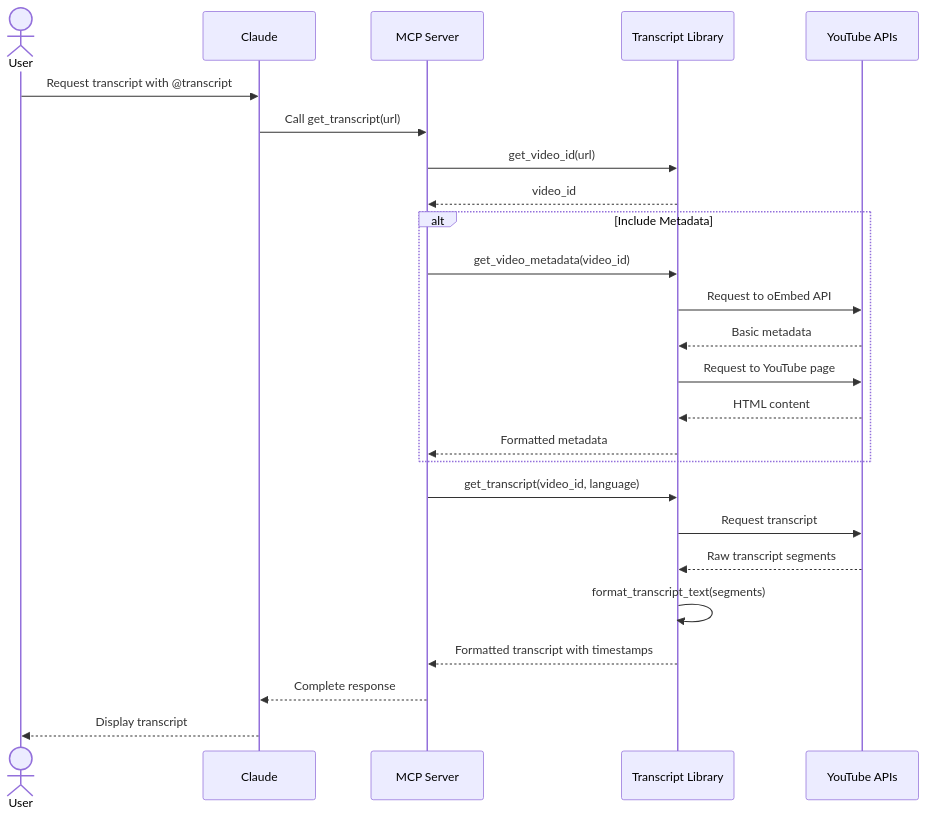
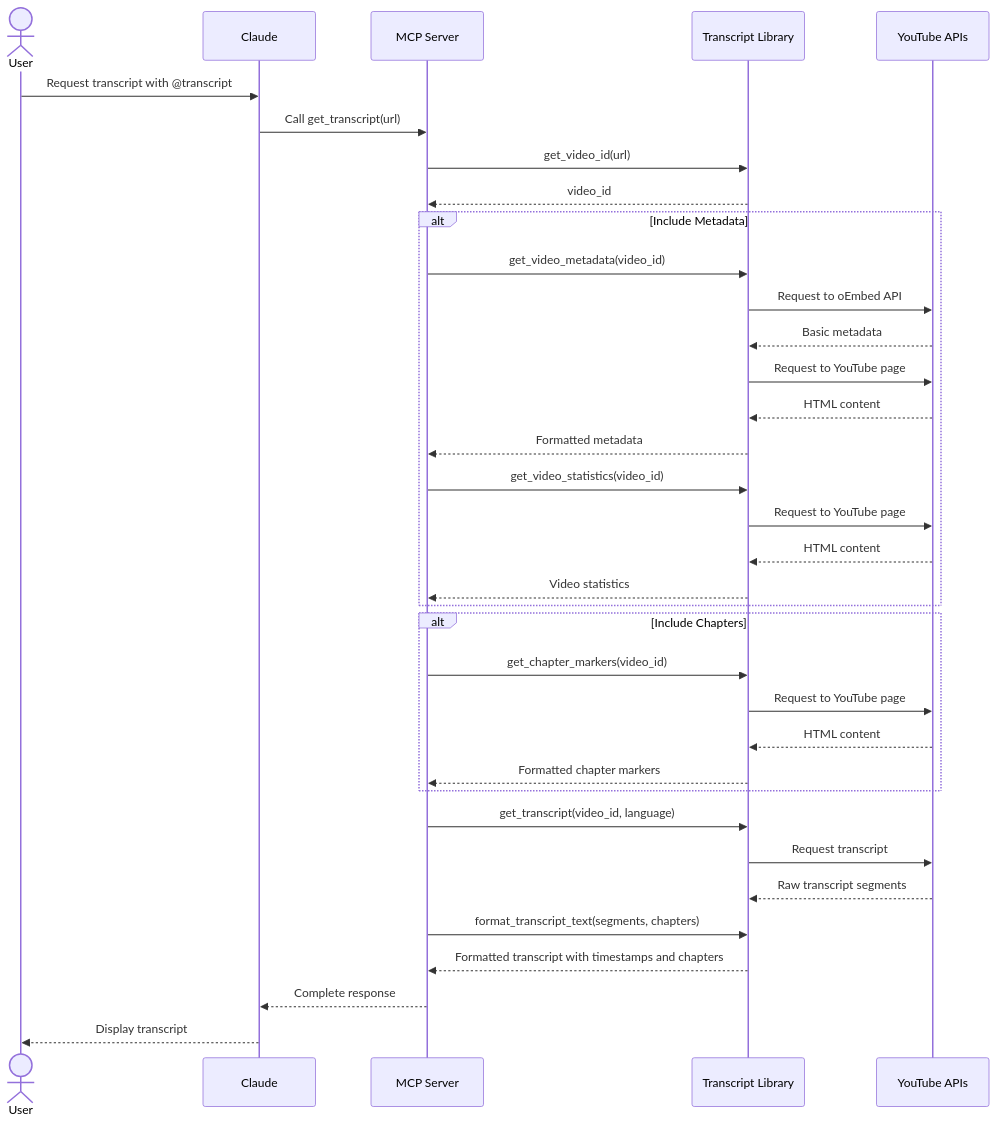
Before and after one commit to palvindersander/youtube-transcript-mcp: the third of 3 diagrams in docs/developer_guide.md, drawn with Mermaid. The commit also changed other lines of this file and 5 other files, not shown here.

Commit message:
Add video statistics feature with tests and documentation

````diff
--- a/docs/developer_guide.md
+++ b/docs/developer_guide.md
@@ -91,30 +94,42 @@
 ```mermaid
 sequenceDiagram
     actor User
     participant Claude
     participant MCP_Server as MCP Server
     participant Lib as Transcript Library
     participant YT_API as YouTube APIs
     
     User->>Claude: Request transcript with @transcript
     Claude->>MCP_Server: Call get_transcript(url)
     MCP_Server->>Lib: get_video_id(url)
     Lib-->>MCP_Server: video_id
     
     alt Include Metadata
         MCP_Server->>Lib: get_video_metadata(video_id)
         Lib->>YT_API: Request to oEmbed API
         YT_API-->>Lib: Basic metadata
         Lib->>YT_API: Request to YouTube page
         YT_API-->>Lib: HTML content
         Lib-->>MCP_Server: Formatted metadata
+        
+        MCP_Server->>Lib: get_video_statistics(video_id)
+        Lib->>YT_API: Request to YouTube page
+        YT_API-->>Lib: HTML content
+        Lib-->>MCP_Server: Video statistics
+    end
+    
+    alt Include Chapters
+        MCP_Server->>Lib: get_chapter_markers(video_id)
+        Lib->>YT_API: Request to YouTube page
+        YT_API-->>Lib: HTML content
+        Lib-->>MCP_Server: Formatted chapter markers
     end
     
     MCP_Server->>Lib: get_transcript(video_id, language)
     Lib->>YT_API: Request transcript
     YT_API-->>Lib: Raw transcript segments
-    Lib->>Lib: format_transcript_text(segments)
-    Lib-->>MCP_Server: Formatted transcript with timestamps
+    MCP_Server->>Lib: format_transcript_text(segments, chapters)
+    Lib-->>MCP_Server: Formatted transcript with timestamps and chapters
     MCP_Server-->>Claude: Complete response
     Claude-->>User: Display transcript
 ```
````
